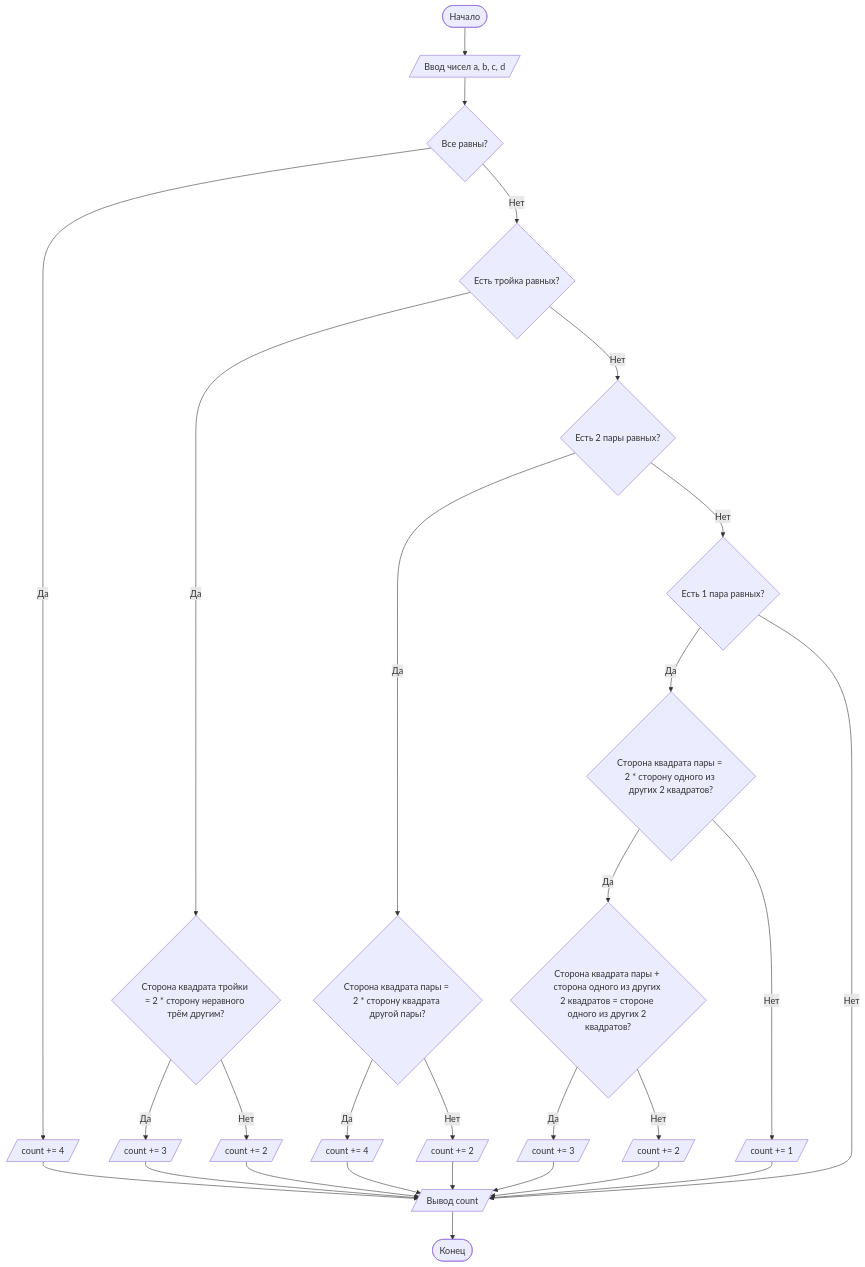
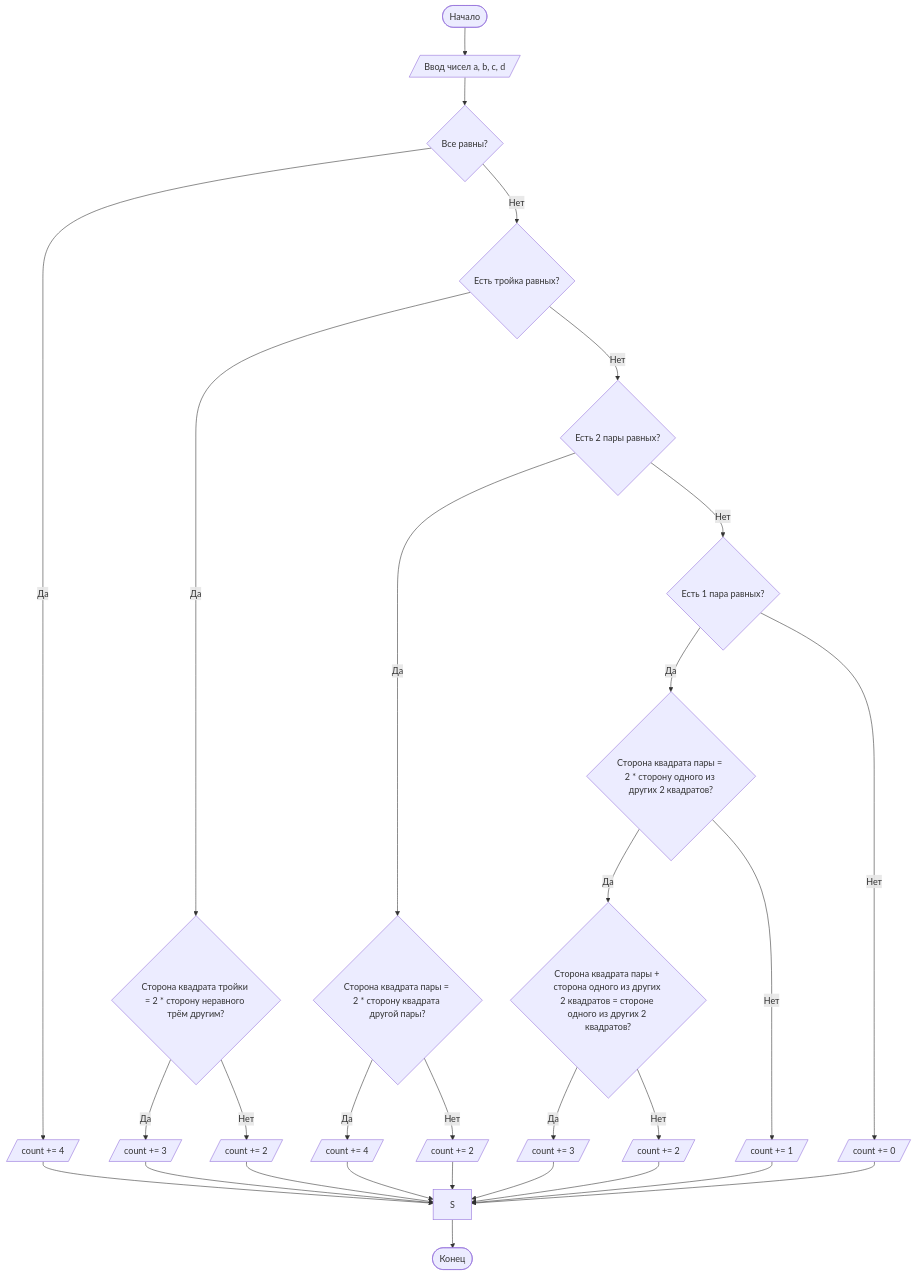
Before and after one commit to fnckddy/lab1: the diagram in README.md, drawn with Mermaid.

````diff
--- a/README.md
+++ b/README.md
@@ -87,38 +87,39 @@
 ```mermaid
 
 graph TD
     A([Начало]) --> B[/Ввод чисел a, b, c, d/]
     B --> C{Все равны?}
     C -- Да --> D[/count += 4/]
     C -- Нет --> E{Есть тройка равных?}
     
     E -- Да --> F{Сторона квадрата тройки = 2 * сторону неравного трём другим?}
     F -- Да --> G[/count += 3/]
     F -- Нет --> H[/count += 2/]
     
     E -- Нет --> I{Есть 2 пары равных?}
     I -- Да --> J{Сторона квадрата пары = 2 * сторону квадрата другой пары?}
     J -- Да --> K[/count += 4/]
     J -- Нет --> L[/count += 2/]
     
     I -- Нет --> M{Есть 1 пара равных?}
     M -- Да --> N{Сторона квадрата пары = 2 * сторону одного из других 2 квадратов?}
     N -- Да --> O{Сторона квадрата пары + сторона одного из других 2 квадратов = стороне одного из других 2 квадратов?}
     O -- Да --> P[/count += 3/]
     O -- Нет --> Q[/count += 2/]
     N -- Нет --> R[/count += 1/]
     
-    M -- Нет --> S[/Вывод count/]
+    M -- Нет --> U[/count += 0/]
 
     D --> S
     G --> S
     H --> S
     K --> S
     L --> S
     P --> S
     Q --> S
     R --> S
+    U --> S
 
     S --> T([Конец])
 
 ```
````
